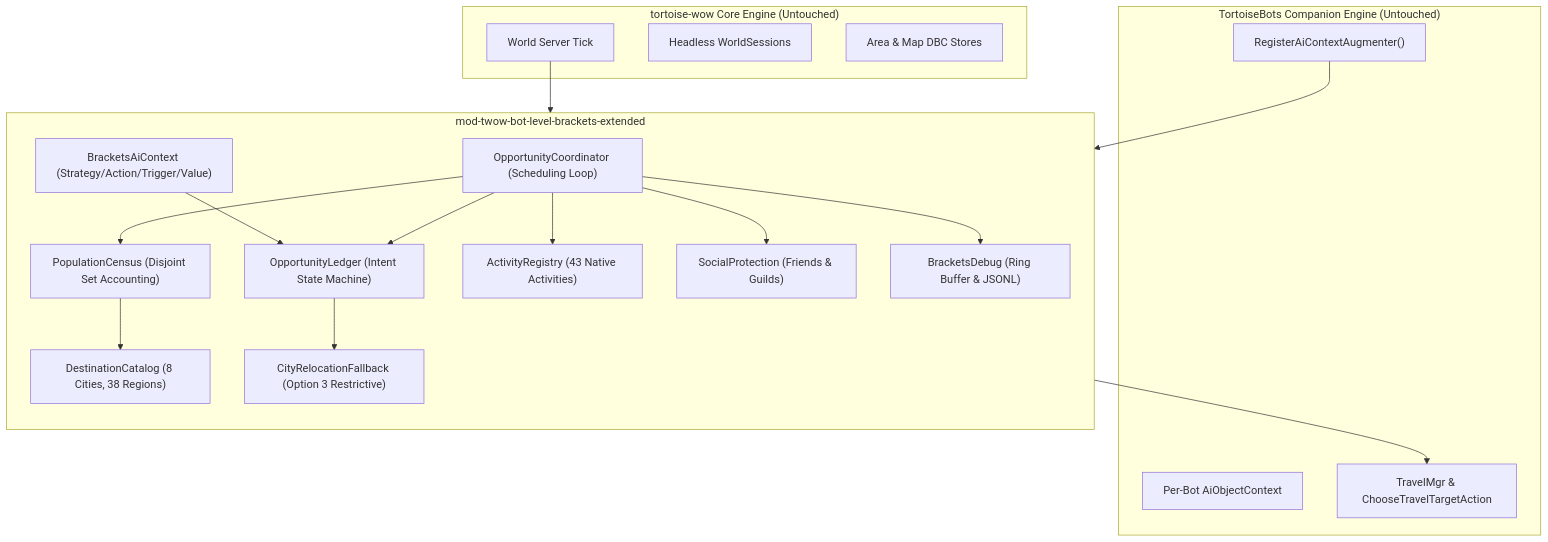
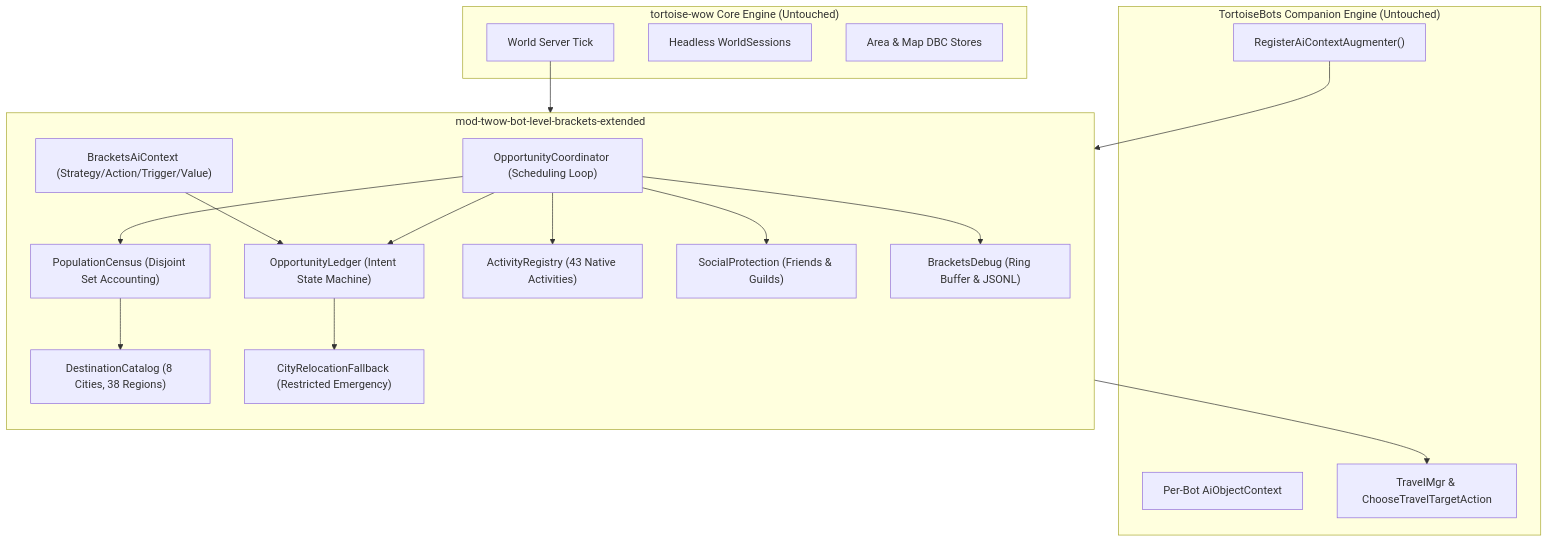
The diagram in README.md (Ildourol/mod-twow-bot-level-brackets), drawn with Mermaid before and after one commit. The commit also changed other lines of this file and 12 other files, not shown here.

````diff
--- a/README.md
+++ b/README.md
@@ -36,39 +36,39 @@
 ```mermaid
 flowchart TD
     subgraph Core ["tortoise-wow Core Engine (Untouched)"]
         WorldTick["World Server Tick"]
         Sessions["Headless WorldSessions"]
         DBC["Area & Map DBC Stores"]
     end
 
     subgraph BotEngine ["TortoiseBots Companion Engine (Untouched)"]
         AugmenterHook["RegisterAiContextAugmenter()"]
         AiContext["Per-Bot AiObjectContext"]
         TravelMgr["TravelMgr & ChooseTravelTargetAction"]
     end
 
     subgraph ExtendedModule ["mod-twow-bot-level-brackets-extended"]
         direction TB
         Coord["OpportunityCoordinator (Scheduling Loop)"]
         Ledger["OpportunityLedger (Intent State Machine)"]
         Census["PopulationCensus (Disjoint Set Accounting)"]
         Registry["ActivityRegistry (43 Native Activities)"]
         Catalogs["DestinationCatalog (8 Cities, 38 Regions)"]
         Social["SocialProtection (Friends & Guilds)"]
         Debug["BracketsDebug (Ring Buffer & JSONL)"]
-        Fallback["CityRelocationFallback (Option 3 Restrictive)"]
+        Fallback["CityRelocationFallback (Restricted Emergency)"]
         BracketsAI["BracketsAiContext (Strategy/Action/Trigger/Value)"]
     end
 
     WorldTick --> Coord
     Coord --> Census
     Census --> Catalogs
     Coord --> Ledger
     Coord --> Registry
     Coord --> Social
     AugmenterHook --> BracketsAI
     BracketsAI --> TravelMgr
     BracketsAI --> Ledger
     Coord --> Debug
     Ledger --> Fallback
 ```
````
